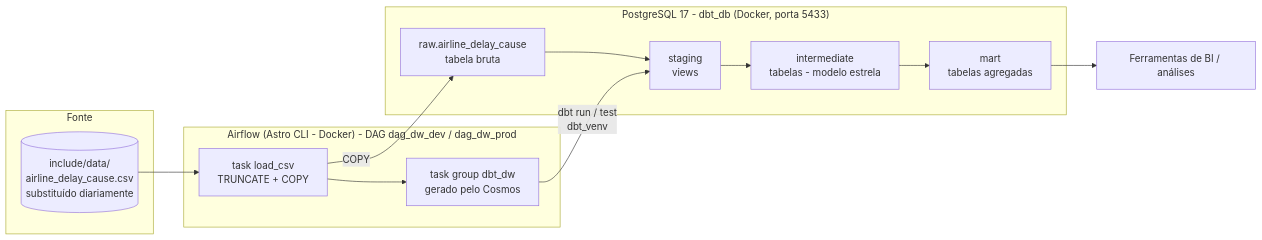
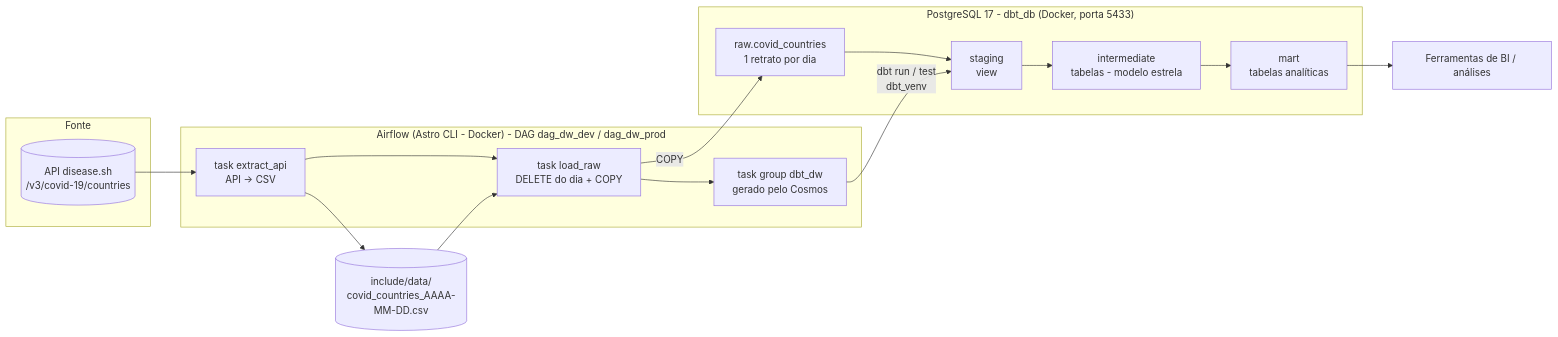
One commit to moraisazeredo/covid_etl_pipeline changed the first of 3 diagrams in README.md. Above: the diagram before and after it, drawn with Mermaid. The commit also changed other lines of this file and 22 other files, not shown here.

````diff
--- a/README.md
+++ b/README.md
@@ -40,25 +40,29 @@
 ```mermaid
 flowchart LR
     subgraph Fonte
-        CSV[(include/data/<br/>airline_delay_cause.csv<br/>substituído diariamente)]
+        API[(API disease.sh<br/>/v3/covid-19/countries)]
     end
 
     subgraph Airflow["Airflow (Astro CLI - Docker) - DAG dag_dw_dev / dag_dw_prod"]
-        LOAD[task load_csv<br/>TRUNCATE + COPY]
+        EXT[task extract_api<br/>API → CSV]
+        LOAD[task load_raw<br/>DELETE do dia + COPY]
         DBT[task group dbt_dw<br/>gerado pelo Cosmos]
-        LOAD --> DBT
+        EXT --> LOAD --> DBT
     end
 
+    CSV[(include/data/<br/>covid_countries_AAAA-MM-DD.csv)]
+
     subgraph DW["PostgreSQL 17 - dbt_db (Docker, porta 5433)"]
-        RAW[raw.airline_delay_cause<br/>tabela bruta]
-        STG[staging<br/>views]
+        RAW[raw.covid_countries<br/>1 retrato por dia]
+        STG[staging<br/>view]
         INT[intermediate<br/>tabelas - modelo estrela]
-        MART[mart<br/>tabelas agregadas]
+        MART[mart<br/>tabelas analíticas]
         RAW --> STG --> INT --> MART
     end
 
-    CSV --> LOAD
+    API --> EXT
+    EXT --> CSV --> LOAD
     LOAD -->|COPY| RAW
     DBT -->|dbt run / test<br/>dbt_venv| STG
     MART --> BI[Ferramentas de BI / análises]
 ```
````
